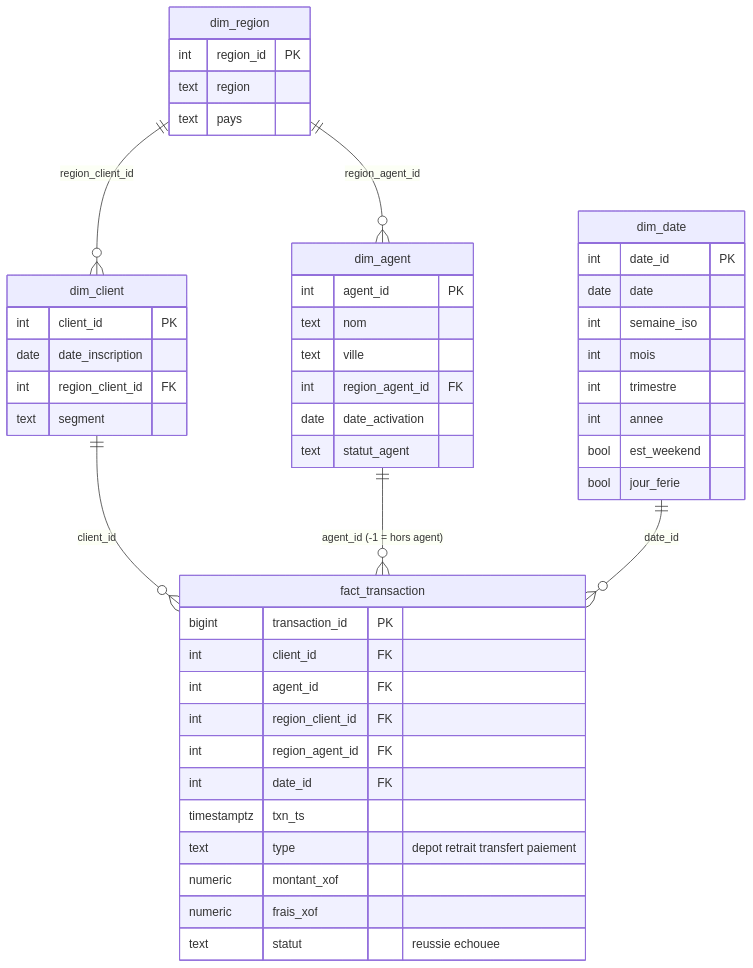
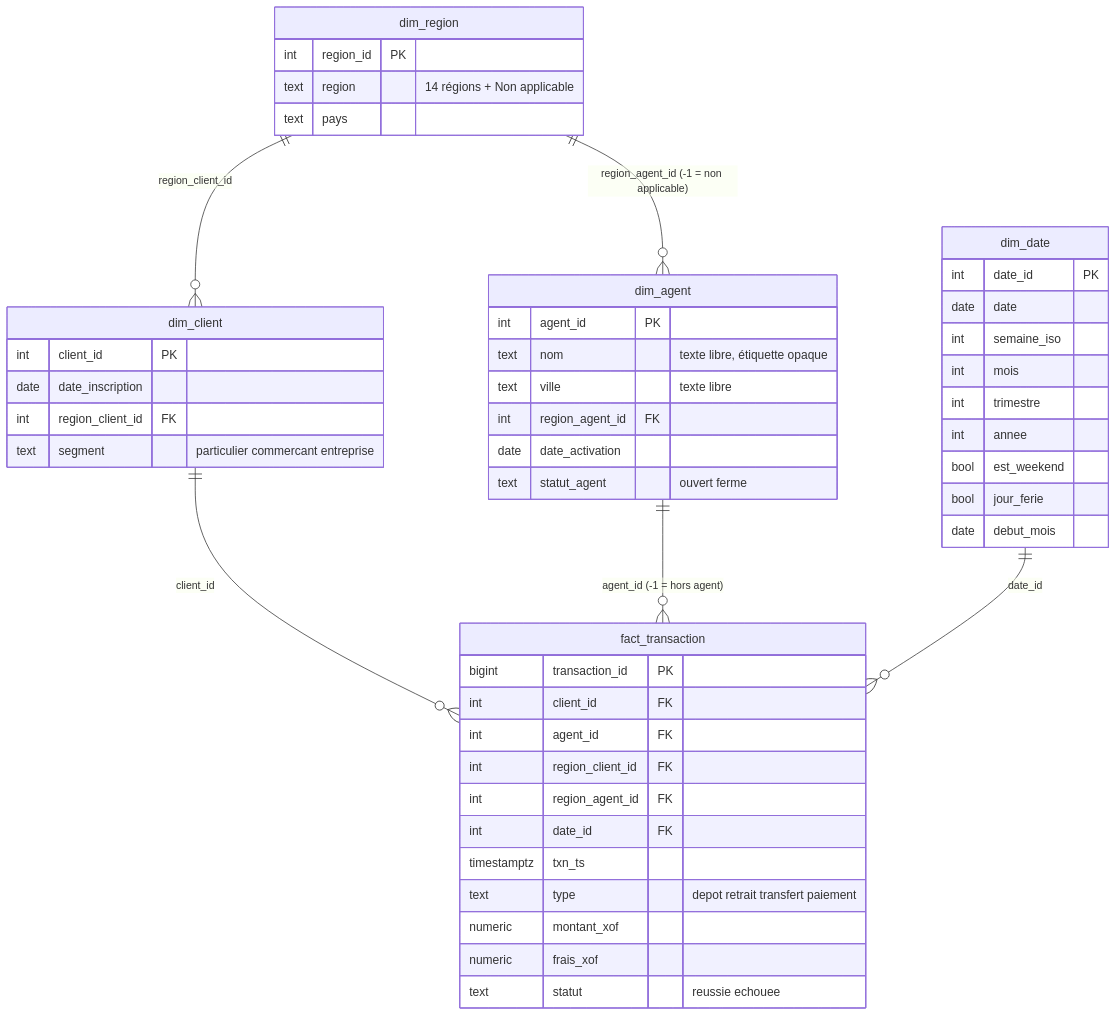
One commit to justefrank/decision-agent-IA changed the diagram in docs/diagrams/03-modele-etoile.mmd. Above: the diagram before and after it, drawn with Mermaid. The commit also changed 47 other files, not shown here.

First line of the commit message:
docs: passage en v5 (MVP, query_metric, citation par référence, évaluation sur le test seul, intégration Claude) et diagrammes re-rendus

```diff
--- a/docs/diagrams/03-modele-etoile.mmd
+++ b/docs/diagrams/03-modele-etoile.mmd
@@ -1,48 +1,49 @@
 erDiagram
   dim_client ||--o{ fact_transaction : "client_id"
   dim_agent ||--o{ fact_transaction : "agent_id (-1 = hors agent)"
   dim_region ||--o{ dim_client : "region_client_id"
-  dim_region ||--o{ dim_agent : "region_agent_id"
+  dim_region ||--o{ dim_agent : "region_agent_id (-1 = non applicable)"
   dim_date ||--o{ fact_transaction : "date_id"
   fact_transaction {
     bigint transaction_id PK
     int client_id FK
     int agent_id FK
     int region_client_id FK
     int region_agent_id FK
     int date_id FK
     timestamptz txn_ts
     text type "depot retrait transfert paiement"
     numeric montant_xof
     numeric frais_xof
     text statut "reussie echouee"
   }
   dim_client {
     int client_id PK
     date date_inscription
     int region_client_id FK
-    text segment
+    text segment "particulier commercant entreprise"
   }
   dim_agent {
     int agent_id PK
-    text nom
-    text ville
+    text nom "texte libre, étiquette opaque"
+    text ville "texte libre"
     int region_agent_id FK
     date date_activation
-    text statut_agent
+    text statut_agent "ouvert ferme"
   }
   dim_region {
     int region_id PK
-    text region
+    text region "14 régions + Non applicable"
     text pays
   }
   dim_date {
     int date_id PK
     date date
     int semaine_iso
     int mois
     int trimestre
     int annee
     bool est_weekend
     bool jour_ferie
+    date debut_mois
   }
```
